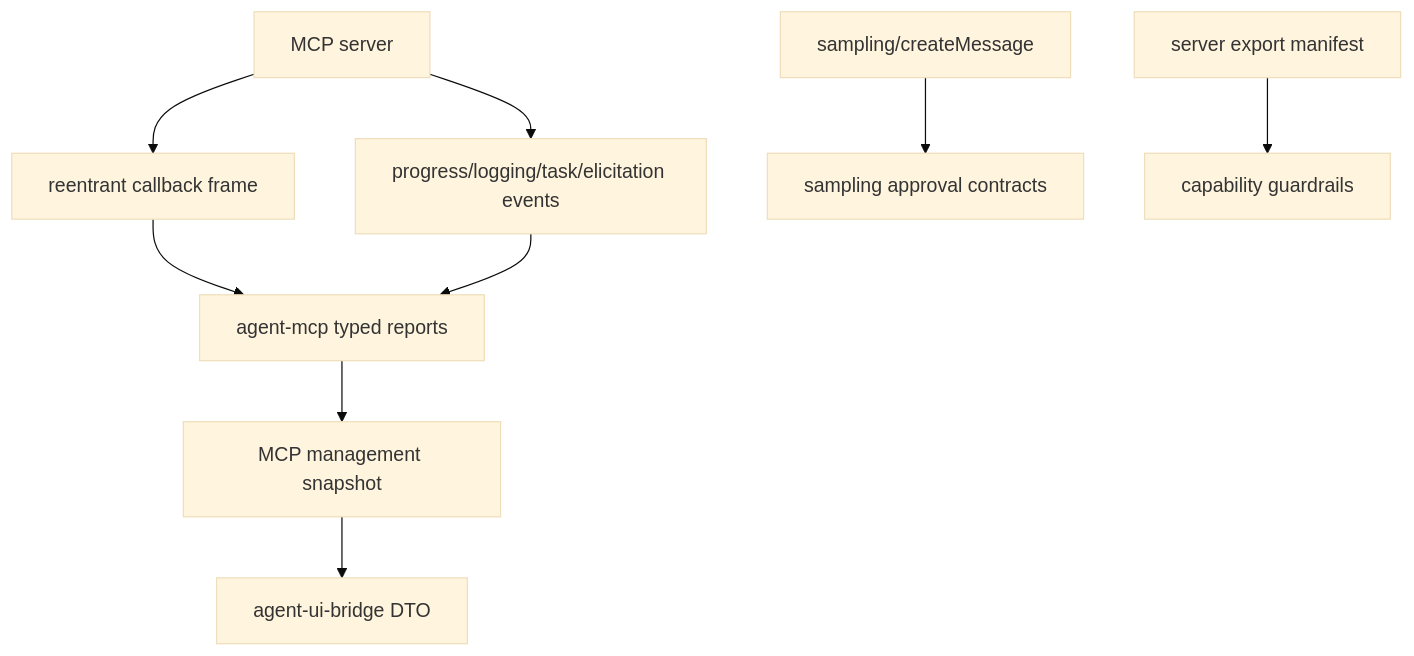
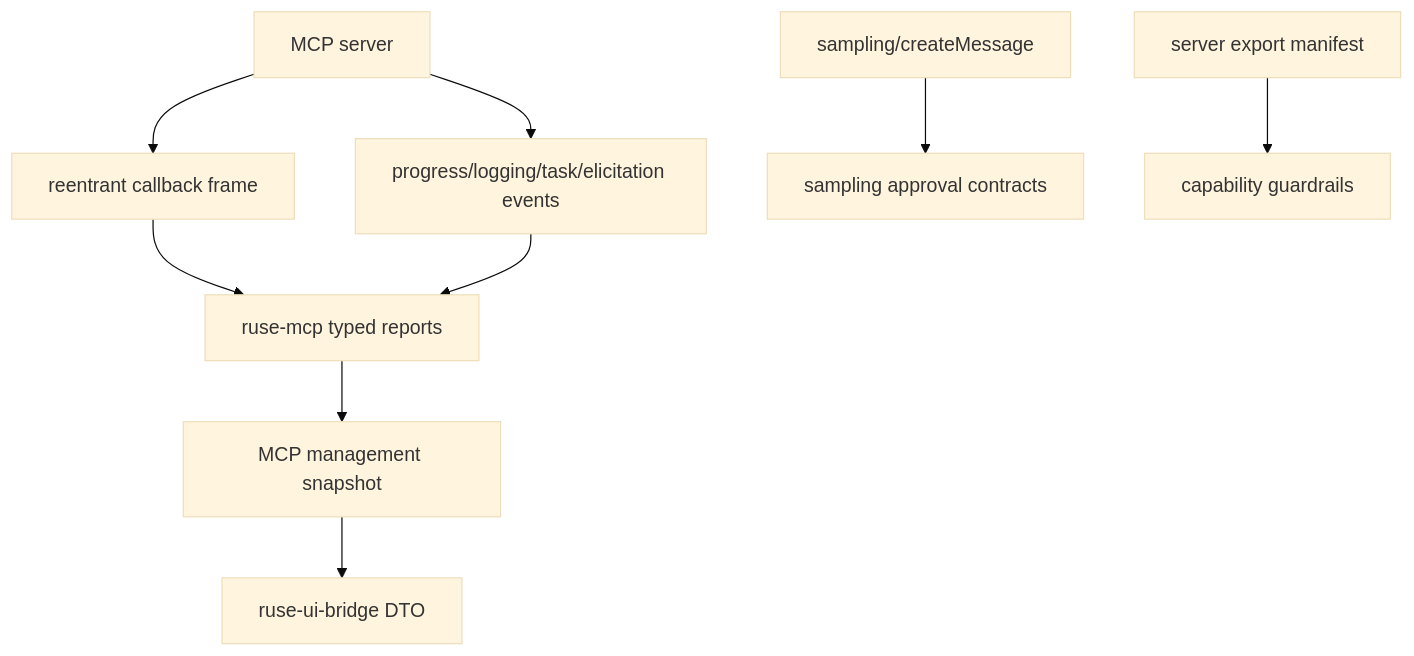
One commit to poneding/agent changed the diagram in docs/specs/MX01-mcp-epilogue.spec.md. Above: the diagram before and after it, drawn with Mermaid (base theme). The commit also changed other lines of this file and 2091 other files, not shown here.

First line of the commit message:
refactor: rename agent branding to ruse

````diff
--- a/docs/specs/MX01-mcp-epilogue.spec.md
+++ b/docs/specs/MX01-mcp-epilogue.spec.md
@@ -39,11 +39,11 @@
 ```mermaid
 flowchart TD
   Server["MCP server"] --> Callback["reentrant callback frame"]
   Server --> Events["progress/logging/task/elicitation events"]
-  Callback --> Contracts["agent-mcp typed reports"]
+  Callback --> Contracts["ruse-mcp typed reports"]
   Events --> Contracts
   Sampling["sampling/createMessage"] --> Approval["sampling approval contracts"]
   Exports["server export manifest"] --> Guardrails["capability guardrails"]
   Contracts --> Snapshot["MCP management snapshot"]
-  Snapshot --> Bridge["agent-ui-bridge DTO"]
+  Snapshot --> Bridge["ruse-ui-bridge DTO"]
 ```
````
